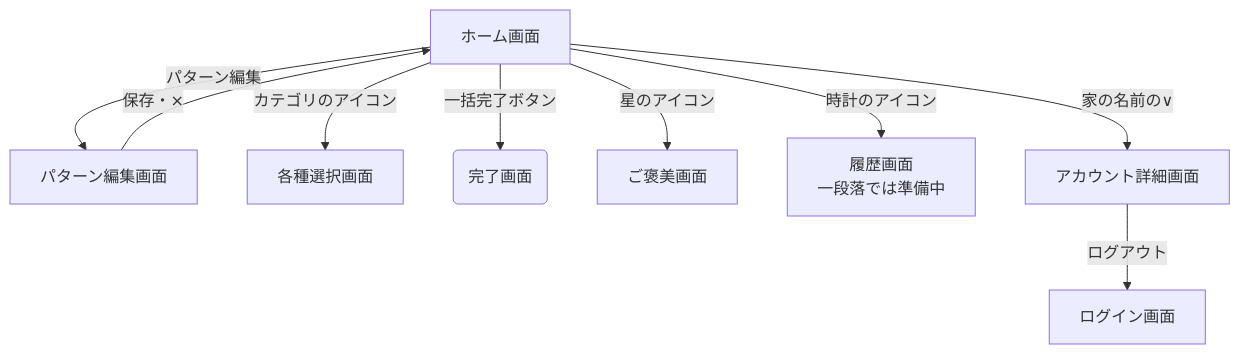
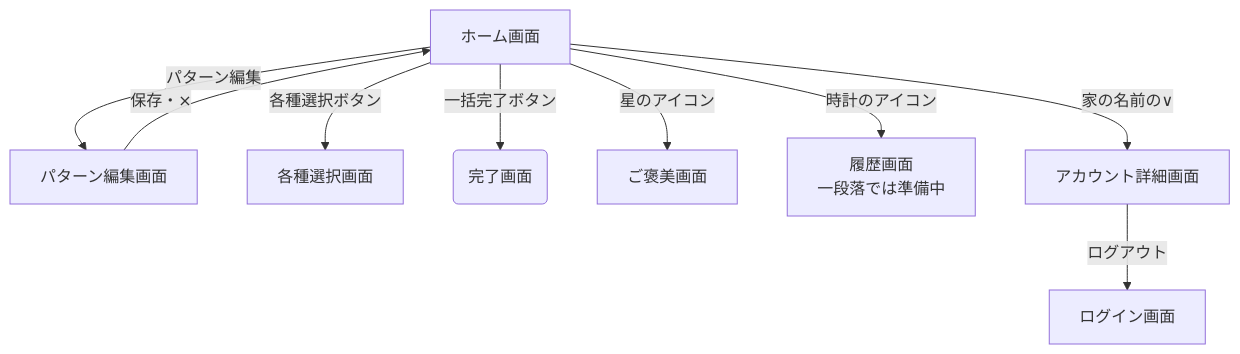
One commit to nayuts/my-app changed the second of 3 diagrams in docs/03_画面.md. Above: the diagram before and after it, drawn with Mermaid. The commit also changed other lines of this file and 3 other files, not shown here.

````diff
--- a/docs/03_画面.md
+++ b/docs/03_画面.md
@@ -85,20 +85,20 @@
 ```mermaid
 flowchart TD
   C[ホーム画面]
   F[パターン編集画面]
   S[各種選択画面]
   G(完了画面)
   R[ご褒美画面]
   H[履歴画面<br>一段落では準備中]
   GD[アカウント詳細画面]
   L[ログイン画面]
 
   C -->|パターン編集| F
   F -->|保存・×| C
   C -->|一括完了ボタン| G
-  C -->|カテゴリのアイコン| S
+  C -->|各種選択ボタン| S
   C -->|星のアイコン| R
   C -->|時計のアイコン| H
   C -->|家の名前の∨| GD
   GD -->|ログアウト| L
 ```
````
